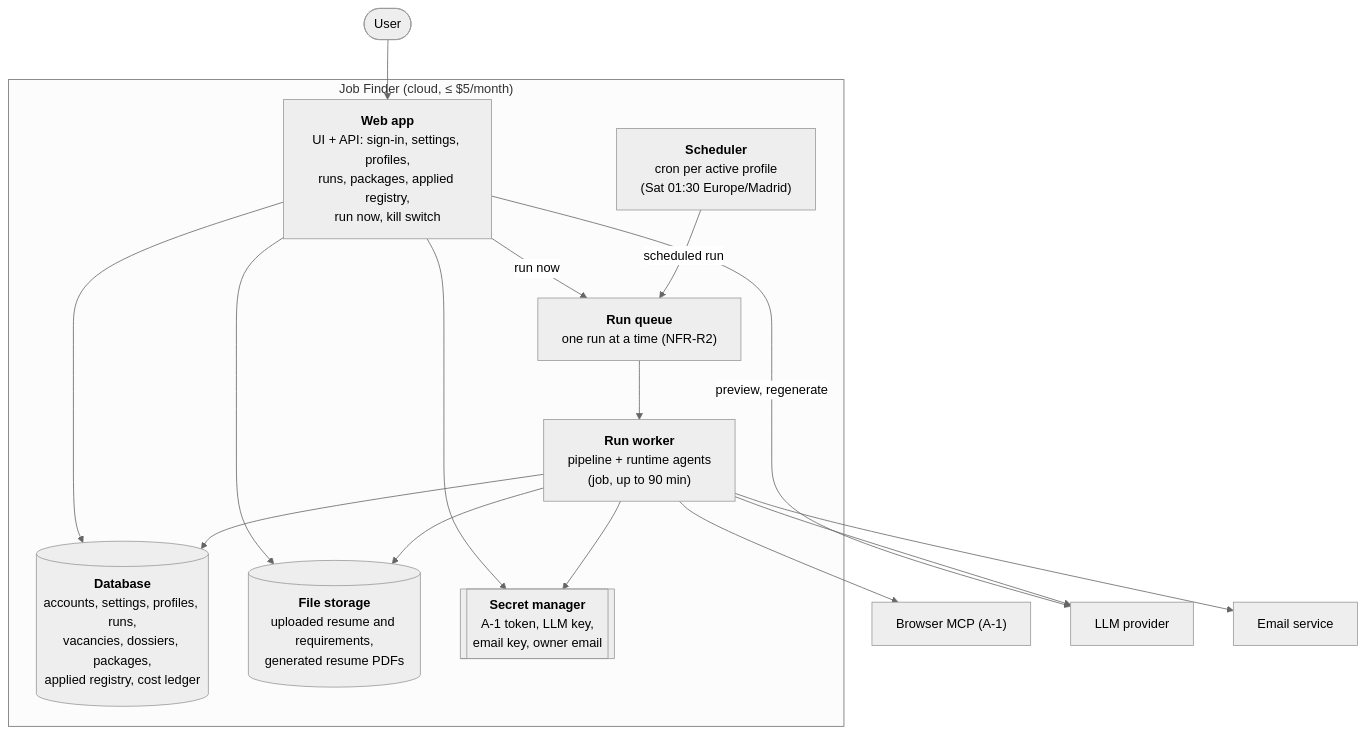
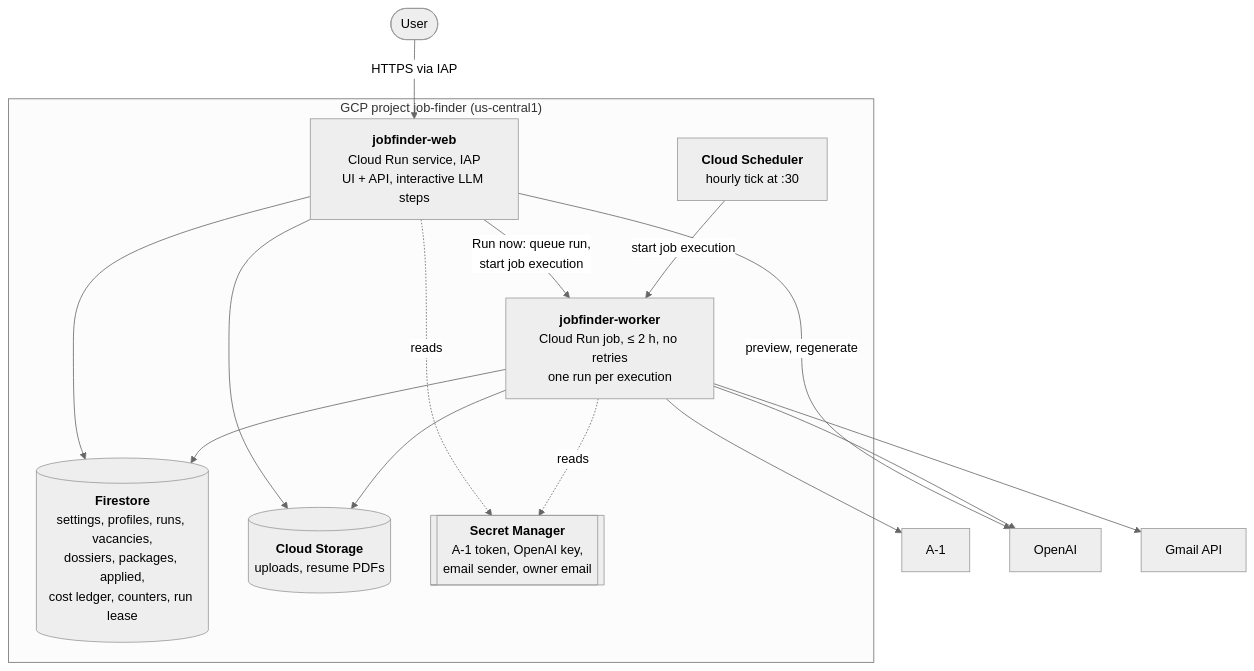
One commit to ArtemenkoAndrii/job-assistant changed the second of 5 diagrams in docs/architecture.md. Above: the diagram before and after it, drawn with Mermaid (neutral theme). The commit also changed other lines of this file and 2 other files, not shown here.

First line of the commit message:
Architecture v1: consolidate ADR-0004 to ADR-0011 (#65)

````diff
--- a/docs/architecture.md
+++ b/docs/architecture.md
@@ -43,33 +51,31 @@
 ```mermaid
 flowchart TB
     user(["User"])
 
-    subgraph cloud["Job Finder (cloud, ≤ $5/month)"]
-        web["<b>Web app</b><br/>UI + API: sign-in, settings, profiles,<br/>runs, packages, applied registry,<br/>run now, kill switch"]
-        sched["<b>Scheduler</b><br/>cron per active profile<br/>(Sat 01:30 Europe/Madrid)"]
-        queue["<b>Run queue</b><br/>one run at a time (NFR-R2)"]
-        worker["<b>Run worker</b><br/>pipeline + runtime agents<br/>(job, up to 90 min)"]
-        db[("<b>Database</b><br/>accounts, settings, profiles, runs,<br/>vacancies, dossiers, packages,<br/>applied registry, cost ledger")]
-        files[("<b>File storage</b><br/>uploaded resume and requirements,<br/>generated resume PDFs")]
-        secrets[["<b>Secret manager</b><br/>A-1 token, LLM key,<br/>email key, owner email"]]
+    subgraph gcp["GCP project job-finder (us-central1)"]
+        web["<b>jobfinder-web</b><br/>Cloud Run service, IAP<br/>UI + API, interactive LLM steps"]
+        sched["<b>Cloud Scheduler</b><br/>hourly tick at :30"]
+        worker["<b>jobfinder-worker</b><br/>Cloud Run job, ≤ 2 h, no retries<br/>one run per execution"]
+        fs[("<b>Firestore</b><br/>settings, profiles, runs, vacancies,<br/>dossiers, packages, applied,<br/>cost ledger, counters, run lease")]
+        gcs[("<b>Cloud Storage</b><br/>uploads, resume PDFs")]
+        sm[["<b>Secret Manager</b><br/>A-1 token, OpenAI key,<br/>email sender, owner email"]]
     end
 
-    a1["Browser MCP (A-1)"]
-    llm["LLM provider"]
-    mail["Email service"]
+    a1["A-1"]
+    llm["OpenAI"]
+    gmail["Gmail API"]
 
-    user --> web
-    web --> db
-    web --> files
-    web --> secrets
+    user -- "HTTPS via IAP" --> web
+    web --> fs
+    web --> gcs
     web -- "preview, regenerate" --> llm
-    web -- "run now" --> queue
-    sched -- "scheduled run" --> queue
-    queue --> worker
-    worker --> db
-    worker --> files
-    worker --> secrets
+    web -- "Run now: queue run,<br/>start job execution" --> worker
+    sched -- "start job execution" --> worker
+    worker --> fs
+    worker --> gcs
     worker --> a1
     worker --> llm
-    worker --> mail
+    worker --> gmail
+    web -. reads .-> sm
+    worker -. reads .-> sm
 ```
````
